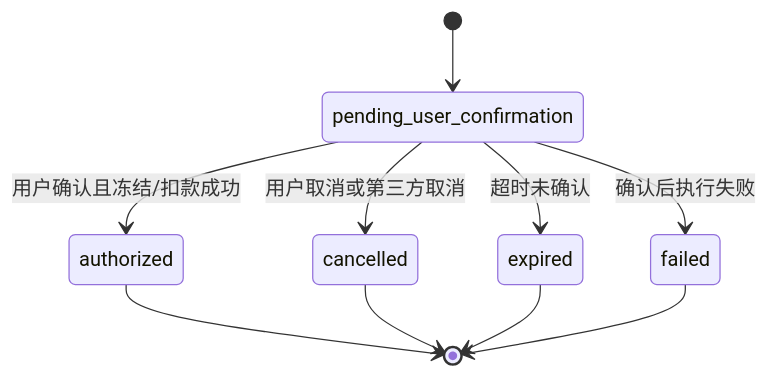
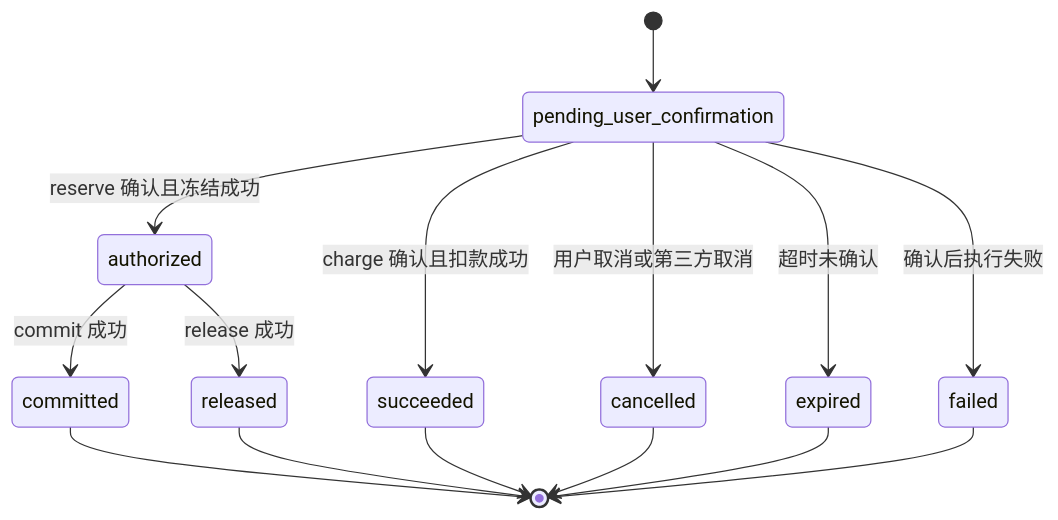
One commit to kuma-dzmm/lilium-openapi changed the third of 5 diagrams in docs/2026-04-09-lilium-open-clearing-api-design.md. Above: the diagram before and after it, drawn with Mermaid. The commit also changed other lines of this file, not shown here.

````diff
--- a/docs/2026-04-09-lilium-open-clearing-api-design.md
+++ b/docs/2026-04-09-lilium-open-clearing-api-design.md
@@ -808,12 +712,17 @@
 ```mermaid
 stateDiagram-v2
     [*] --> pending_user_confirmation
-    pending_user_confirmation --> authorized: 用户确认且冻结/扣款成功
+    pending_user_confirmation --> authorized: reserve 确认且冻结成功
+    pending_user_confirmation --> succeeded: charge 确认且扣款成功
+    authorized --> committed: commit 成功
+    authorized --> released: release 成功
     pending_user_confirmation --> cancelled: 用户取消或第三方取消
     pending_user_confirmation --> expired: 超时未确认
     pending_user_confirmation --> failed: 确认后执行失败
-    authorized --> [*]
+    committed --> [*]
+    released --> [*]
+    succeeded --> [*]
     cancelled --> [*]
     expired --> [*]
     failed --> [*]
 ```
````
